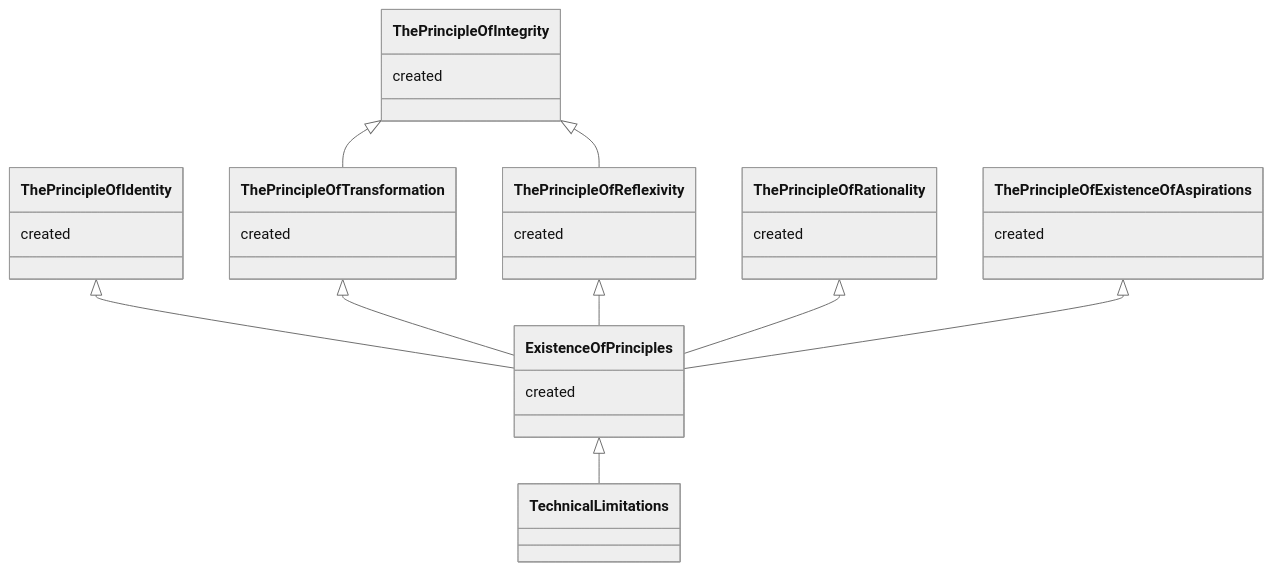
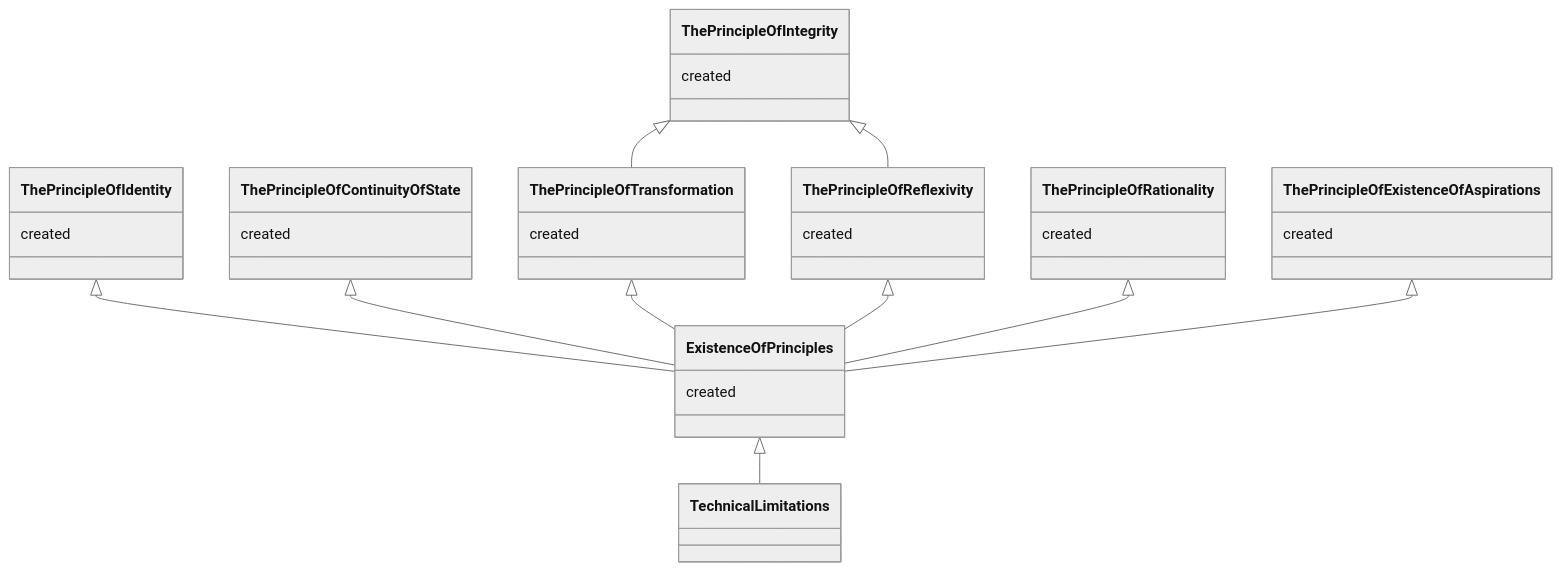
The third of 5 diagrams in evmos/PrecedenceGraph.md (the-laurel/chain-proposals), drawn with Mermaid (neutral theme) before and after one commit.

````diff
--- a/evmos/PrecedenceGraph.md
+++ b/evmos/PrecedenceGraph.md
@@ -71,51 +71,57 @@
 ```mermaid
 classDiagram
 
 class The Principle Of Reflexivity  {
   created
 }
 link The Principle Of Reflexivity "https://github.com/the-laurel/chain-proposals/blob/main/evmos/PrincipleOfReflexivity.md" 
 
 class The Principle Of Identity  {
   created
 }
 link The Principle Of Identity "https://github.com/the-laurel/chain-proposals/blob/main/evmos/PrincipleOfIdentity.md" 
 
 class The Principle Of Transformation  {
   created
 }
 link The Principle Of Transformation "https://github.com/the-laurel/chain-proposals/blob/main/evmos/PrincipleOfTransformation.md" 
 
 class Existence Of Principles {
   created
 }
 link Existence Of Principles "https://github.com/the-laurel/chain-proposals/blob/main/evmos/ExistenceOfPrinciples.md" 
 
 class The Principle Of Integrity {
   created
 }
 link The Principle Of Integrity "https://github.com/the-laurel/chain-proposals/blob/main/evmos/PrincipleOfIntegrity.md"
 
 class The Principle Of Rationality {
   created
 }
 link The Principle Of Rationality "https://github.com/the-laurel/chain-proposals/blob/main/evmos/PrincipleOfRationality.md" 
 
 class The Principle Of Existence Of Aspirations {
   created
 }
 link The Principle Of Existence Of Aspirations "https://github.com/the-laurel/chain-proposals/blob/main/evmos/PrincipleOfExistenceOfAspirations.md" 
 
+class The Principle Of Continuity Of State {
+  created
+}
+link The Principle Of Continuity Of State "https://github.com/the-laurel/chain-proposals/blob/main/evmos/PrincipleOfContinuityOfState.md"
+
 The Principle Of Integrity  <|-- The Principle Of Transformation
 The Principle Of Integrity  <|-- The Principle Of Reflexivity
 
 The Principle Of Identity  <|-- Existence Of Principles 
+The Principle Of Continuity Of State  <|-- Existence Of Principles 
 The Principle Of Transformation <|-- Existence Of Principles 
 The Principle Of Reflexivity <|-- Existence Of Principles 
 The Principle Of Rationality <|-- Existence Of Principles
 The Principle Of Existence Of Aspirations <|-- Existence Of Principles
 
 Existence Of Principles <|-- Technical Limitations
 
 
 ```
````
